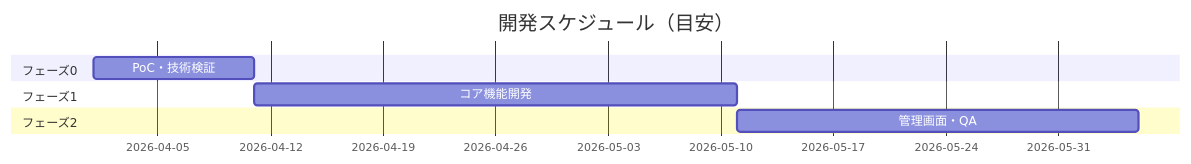
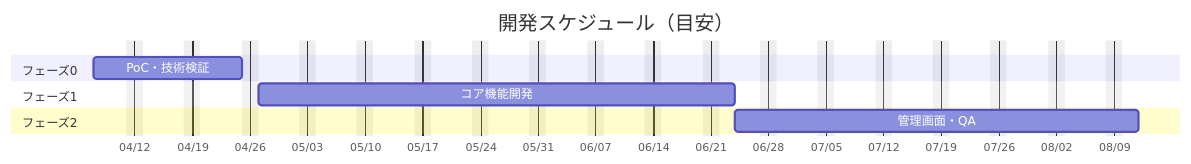
One commit to KazusaNakagawa/claude_docs changed the diagram in skills/proposal/SKILL.md. Above: the diagram before and after it, drawn with Mermaid. The commit also changed other lines of this file and 88 other files, not shown here.

````diff
--- a/skills/proposal/SKILL.md
+++ b/skills/proposal/SKILL.md
@@ -61,11 +61,14 @@
 ```mermaid
 gantt
     title 開発スケジュール（目安）
     dateFormat  YYYY-MM-DD
+    axisFormat  %m/%d
+    excludes weekends
+
     section フェーズ0
-    PoC・技術検証         :p0, 2026-04-01, 10d
+    PoC・技術検証         :p0, 2026-04-07, 2w
     section フェーズ1
-    コア機能開発           :p1, after p0, 30d
+    コア機能開発           :p1, after p0, 6w
     section フェーズ2
-    管理画面・QA           :p2, after p1, 25d
+    管理画面・QA           :p2, after p1, 5w
 ```
````
